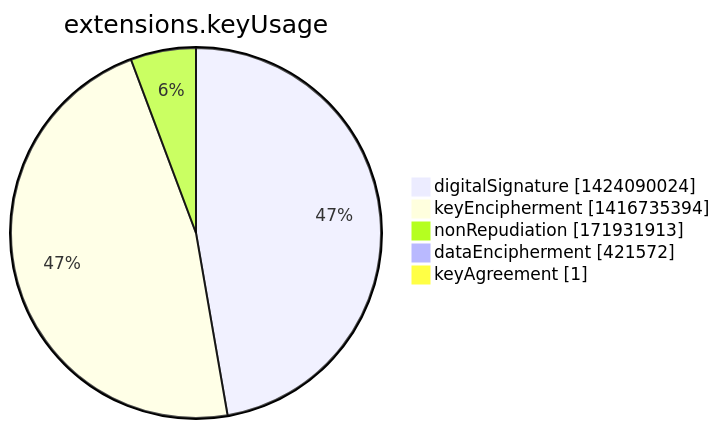
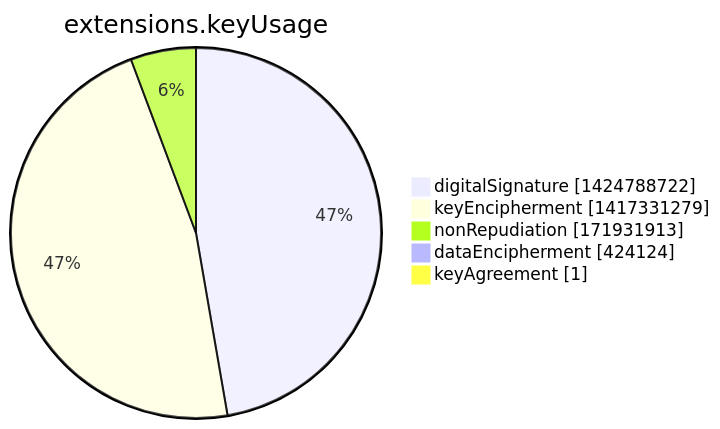
The seventh of 15 diagrams in argon2022/README.md (christiankrug/ctmonitor_visualization), drawn with Mermaid before and after one commit. The commit also changed other lines of this file, not shown here.

````diff
--- a/argon2022/README.md
+++ b/argon2022/README.md
@@ -2751,9 +2751,9 @@
 ```mermaid
 pie showData
 title extensions.keyUsage
-"digitalSignature" :1424090024
-"keyEncipherment" :1416735394
+"digitalSignature" :1424788722
+"keyEncipherment" :1417331279
 "nonRepudiation" :171931913
-"dataEncipherment" :421572
+"dataEncipherment" :424124
 "keyAgreement" :1
 ```
````
